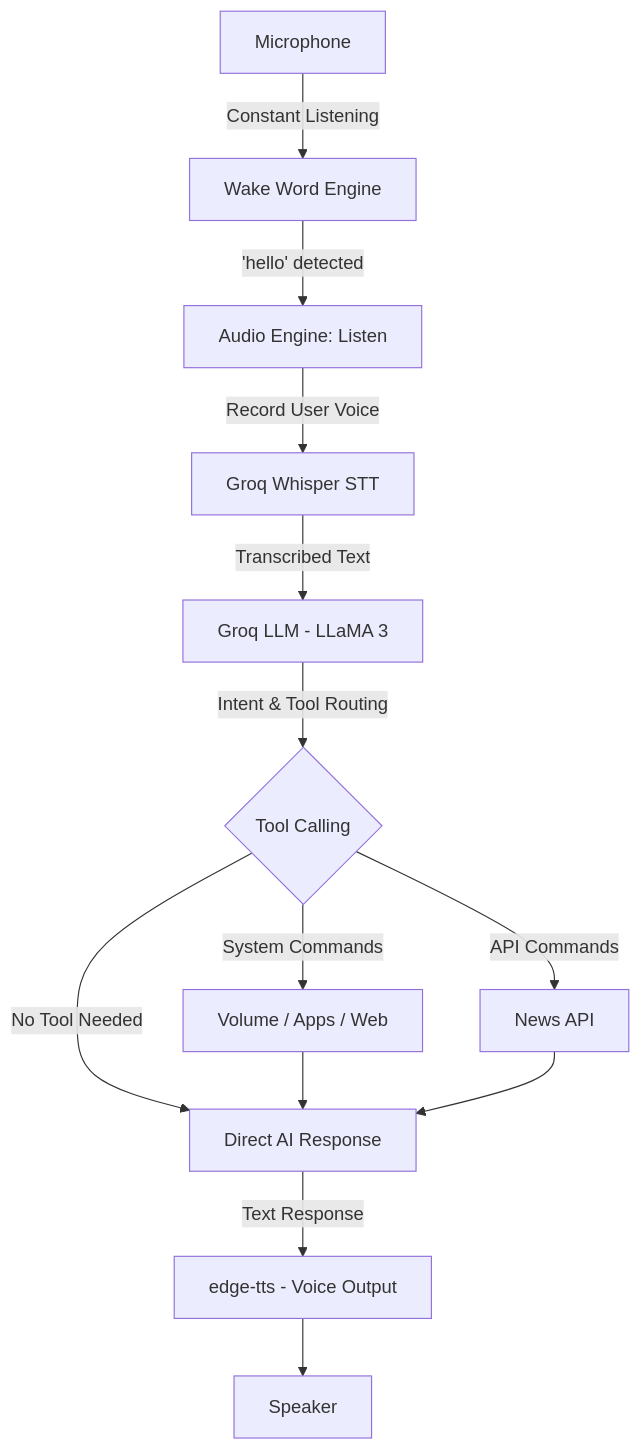
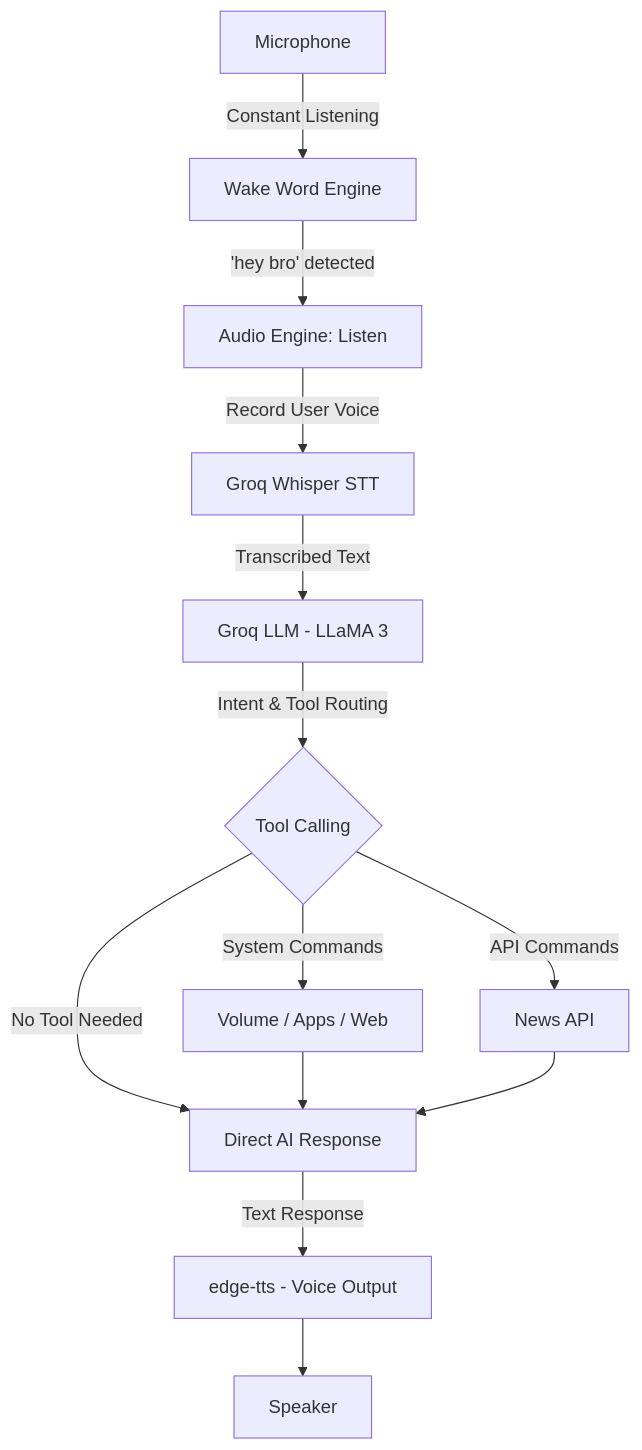
The diagram in README.md (pratyush06-aec/BRO), drawn with Mermaid before and after one commit. The commit also changed other lines of this file and 1 other file, not shown here.

Commit message:
Update wake word to 'Hey Bro'

````diff
--- a/README.md
+++ b/README.md
@@ -26,15 +26,15 @@
 ```mermaid
 graph TD
     A[Microphone] -->|Constant Listening| B[Wake Word Engine]
-    B -->|'hello' detected| C[Audio Engine: Listen]
+    B -->|'hey bro' detected| C[Audio Engine: Listen]
     C -->|Record User Voice| D[Groq Whisper STT]
     D -->|Transcribed Text| E[Groq LLM - LLaMA 3]
     E -->|Intent & Tool Routing| F{Tool Calling}
     F -->|System Commands| G[Volume / Apps / Web]
     F -->|API Commands| H[News API]
     F -->|No Tool Needed| I[Direct AI Response]
     G --> I
     H --> I
     I -->|Text Response| J[edge-tts - Voice Output]
     J --> K[Speaker]
 ```
````
